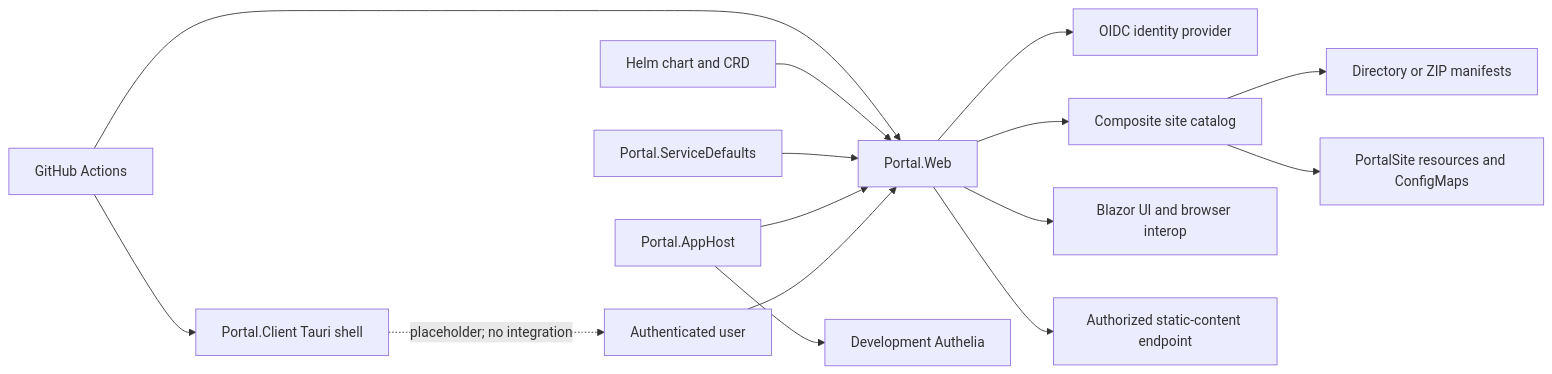
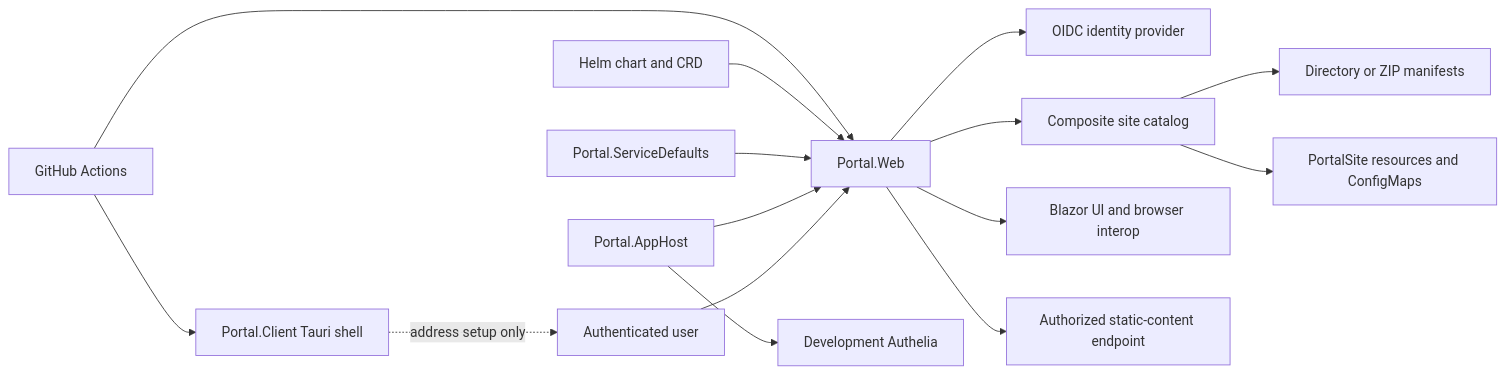
One commit to twsouthwick/portal changed the diagram in docs/high-level-design.md. Above: the diagram before and after it, drawn with Mermaid. The commit also changed other lines of this file and 14 other files, not shown here.

````diff
--- a/docs/high-level-design.md
+++ b/docs/high-level-design.md
@@ -101,17 +106,17 @@
 ```mermaid
 flowchart LR
   User[Authenticated user] --> Web[Portal.Web]
   Web --> Auth[OIDC identity provider]
   Web --> Catalog[Composite site catalog]
   Catalog --> Files[Directory or ZIP manifests]
   Catalog --> K8s[PortalSite resources and ConfigMaps]
   Web --> Browser[Blazor UI and browser interop]
   Web --> Content[Authorized static-content endpoint]
   Aspire[Portal.AppHost] --> Web
   Aspire --> Authelia[Development Authelia]
   Defaults[Portal.ServiceDefaults] --> Web
   Chart[Helm chart and CRD] --> Web
-  Client[Portal.Client Tauri shell] -. placeholder; no integration .-> User
+  Client[Portal.Client Tauri shell] -. address setup only .-> User
   CI[GitHub Actions] --> Web
   CI --> Client
 ```
````
